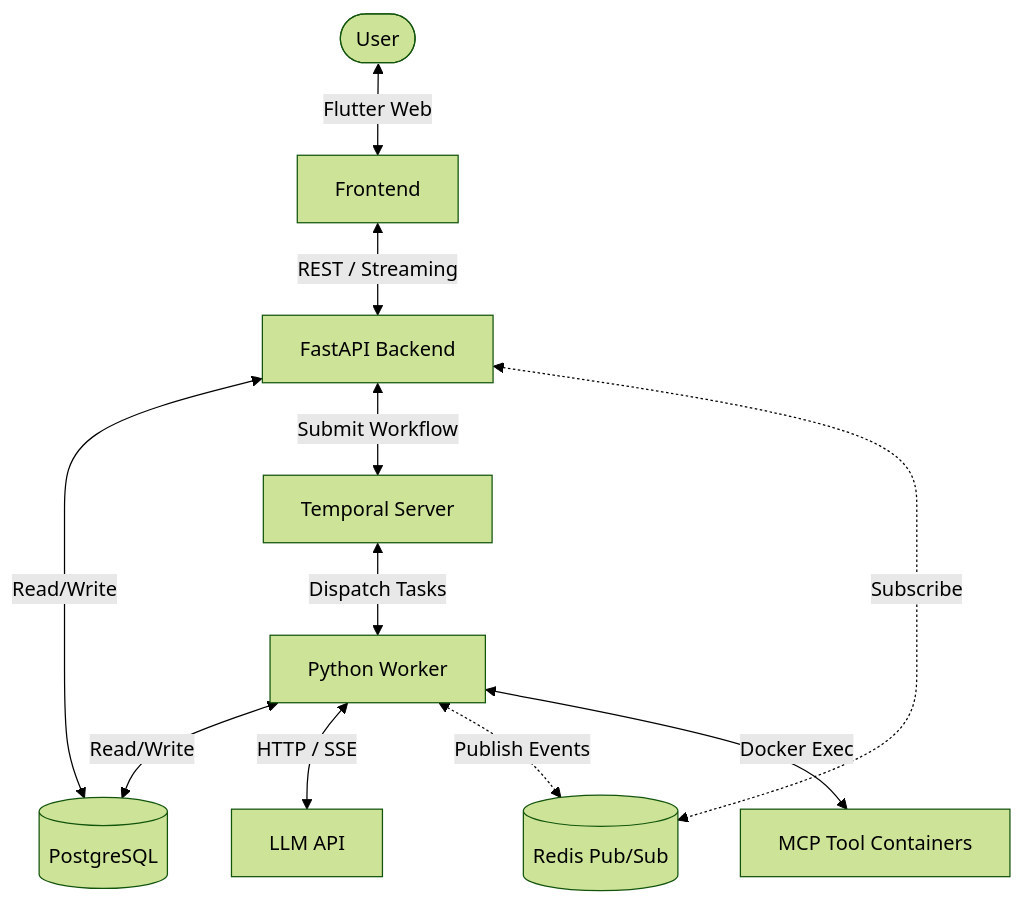
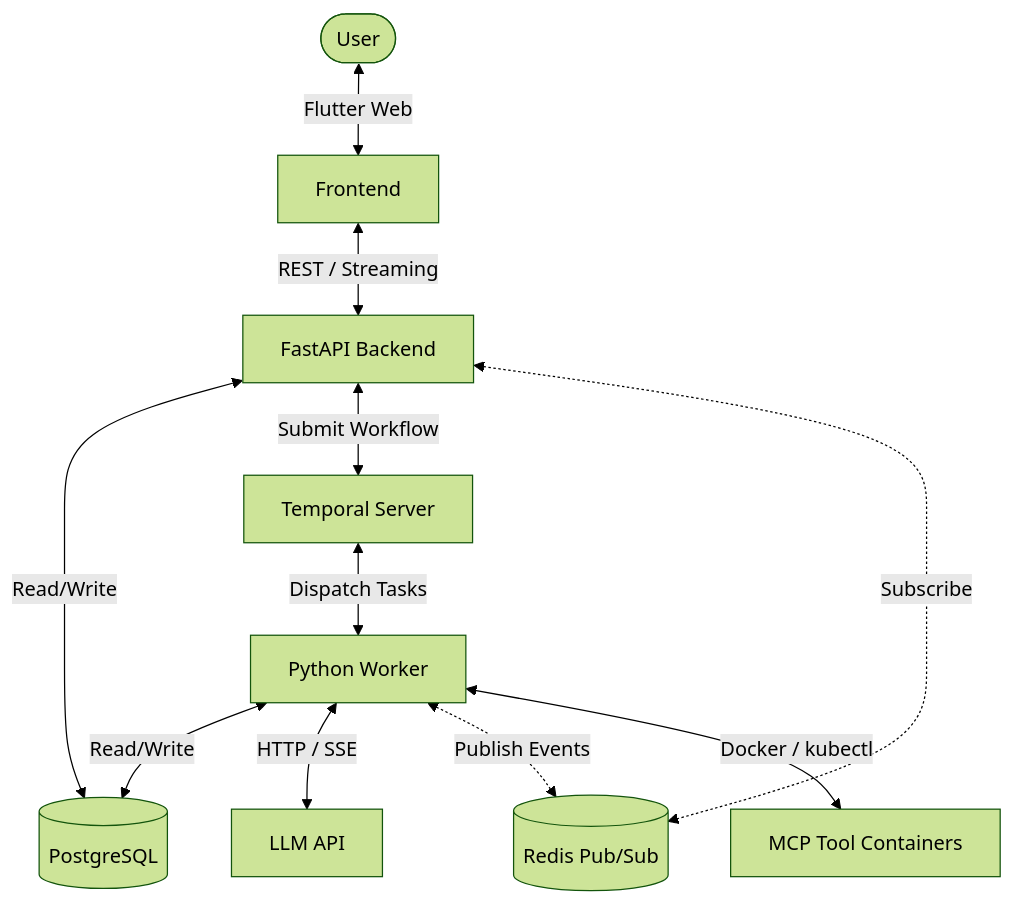
Before and after one commit to GethosTheWalrus/thread-bot: the diagram in README.md, drawn with Mermaid (forest theme). The commit also changed other lines of this file and 16 other files, not shown here.

````diff
--- a/README.md
+++ b/README.md
@@ -51,13 +51,13 @@
 ```mermaid
 graph TD
     User([User]) <-->|Flutter Web| FE[Frontend]
     FE <-->|REST / Streaming| BE[FastAPI Backend]
     BE <-->|Read/Write| DB[(PostgreSQL)]
     BE <-->|Submit Workflow| T[Temporal Server]
     BE <-.->|Subscribe| R[(Redis Pub/Sub)]
     T <-->|Dispatch Tasks| W[Python Worker]
     W <-->|Read/Write| DB
     W <-->|HTTP / SSE| LLM[LLM API]
     W <-.->|Publish Events| R
-    W <-->|Docker Exec| MCP[MCP Tool Containers]
+    W <-->|Docker / kubectl| MCP[MCP Tool Containers]
 ```
````
